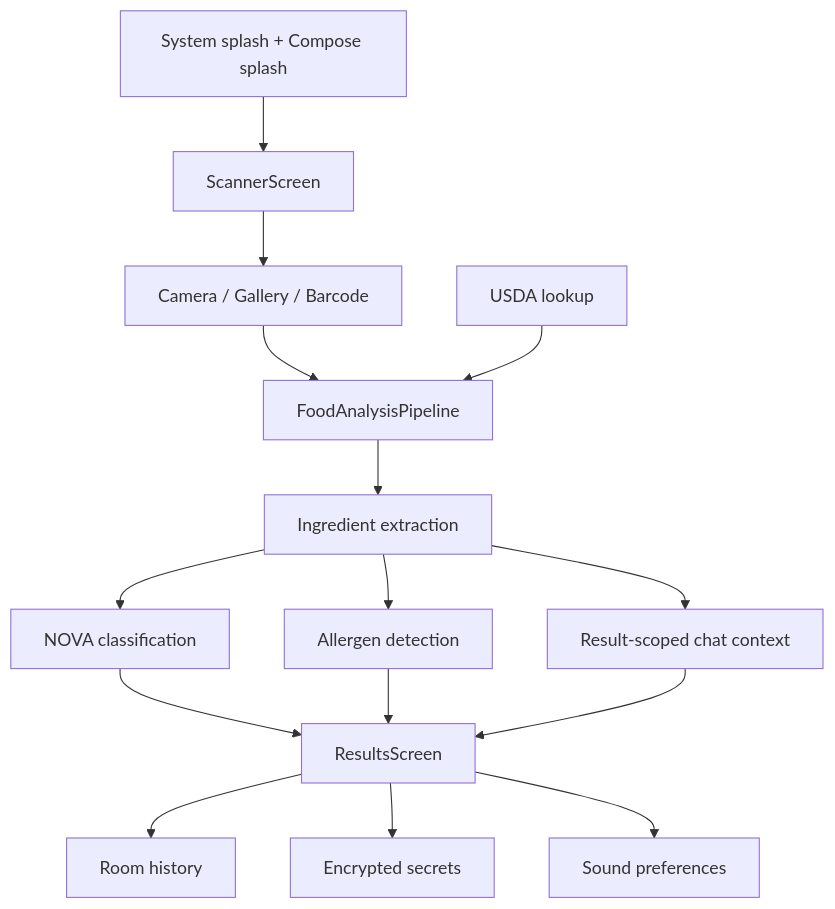
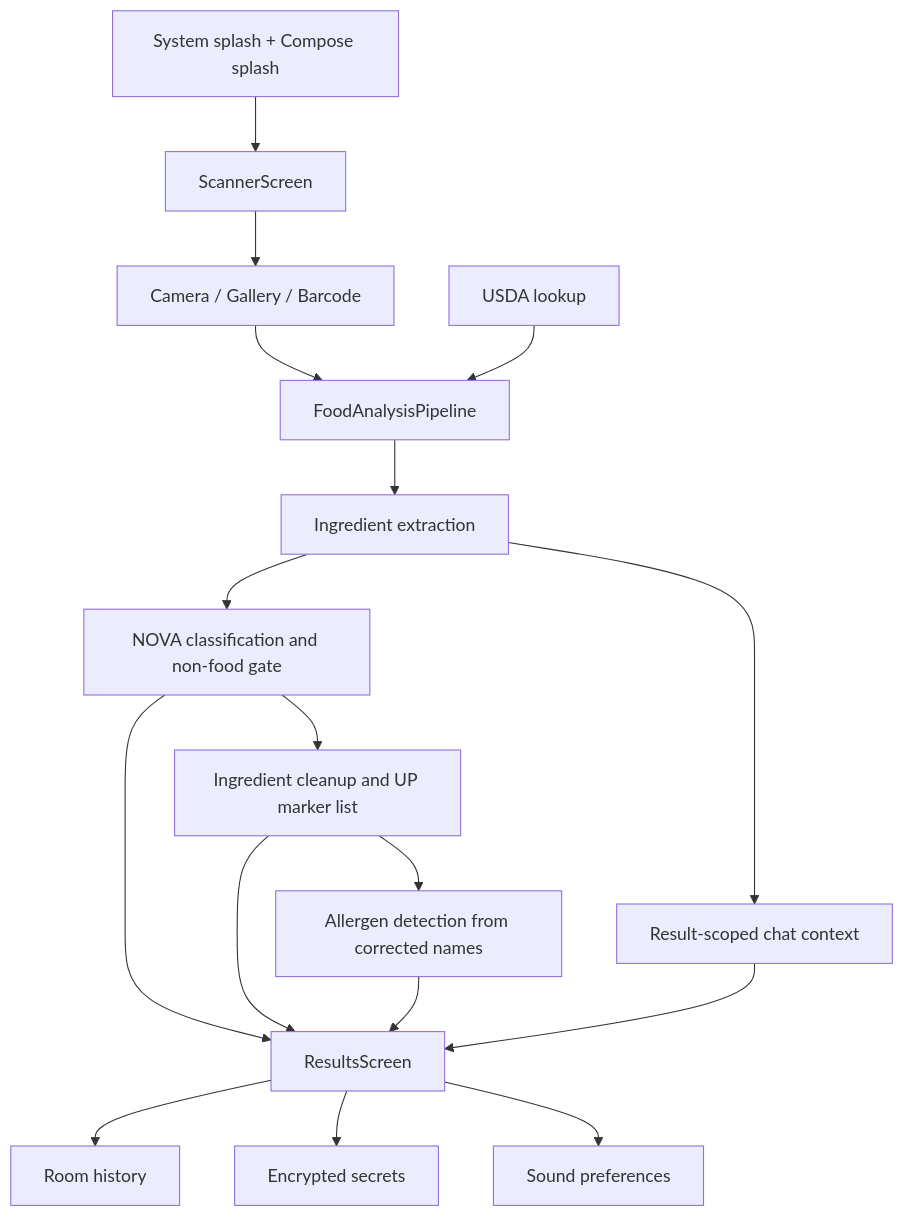
One commit to benevolentbandwidth/ultraprocessed changed the diagram in documentation/README.md. Above: the diagram before and after it, drawn with Mermaid. The commit also changed other lines of this file and 19 other files, not shown here.

````diff
--- a/documentation/README.md
+++ b/documentation/README.md
@@ -21,17 +22,19 @@
 ```mermaid
 flowchart TB
     Launch[System splash + Compose splash] --> Scanner[ScannerScreen]
     Scanner --> Capture[Camera / Gallery / Barcode]
     Capture --> Pipeline[FoodAnalysisPipeline]
     Pipeline --> Extract[Ingredient extraction]
-    Extract --> Classify[NOVA classification]
-    Extract --> Allergens[Allergen detection]
+    Extract --> Nova[NOVA classification and non-food gate]
+    Nova --> IngredientCleanup[Ingredient cleanup and UP marker list]
+    IngredientCleanup --> Allergens[Allergen detection from corrected names]
     Extract --> Chat[Result-scoped chat context]
-    Classify --> UI[ResultsScreen]
+    Nova --> UI[ResultsScreen]
+    IngredientCleanup --> UI
     Allergens --> UI
     Chat --> UI
     UI --> Room[Room history]
     UI --> Secrets[Encrypted secrets]
     UI --> Prefs[Sound preferences]
     USDA[USDA lookup] --> Pipeline
 ```
````
